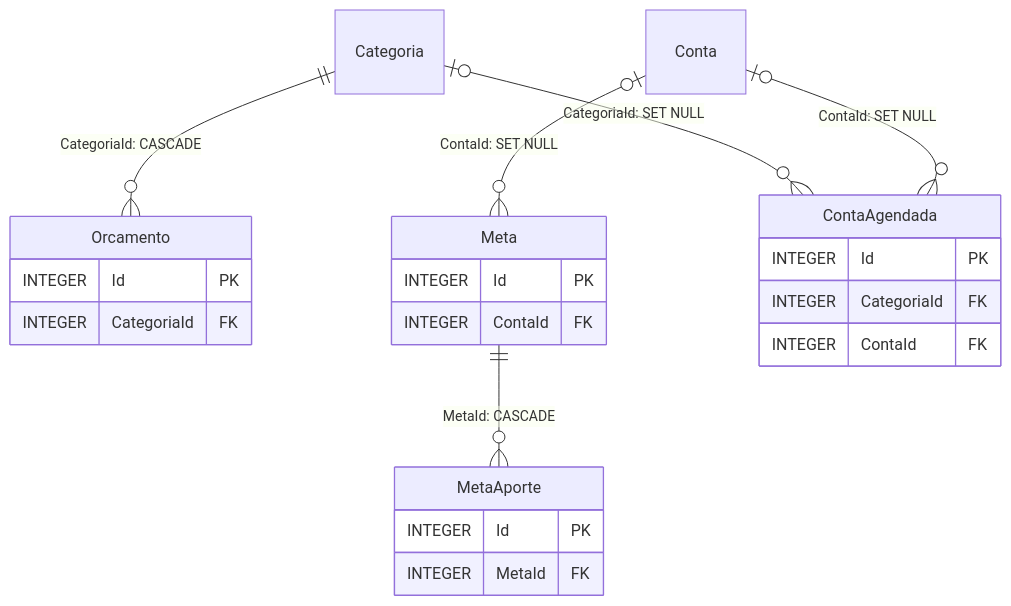
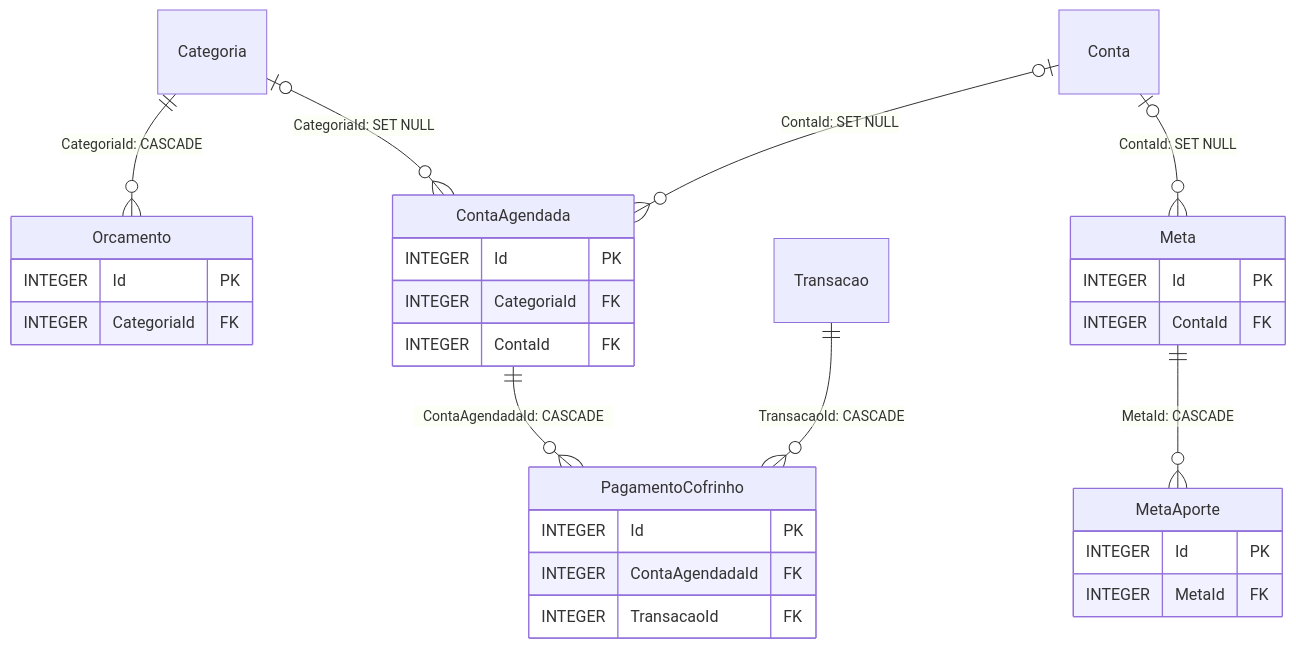
The fourth of 7 diagrams in docs/BANCO-DE-DADOS.md (LucasDesenvGit/financas-local), drawn with Mermaid before and after one commit. The commit also changed 43 other files, not shown here.

````diff
--- a/docs/BANCO-DE-DADOS.md
+++ b/docs/BANCO-DE-DADOS.md
@@ -100,25 +100,32 @@
 ```mermaid
 erDiagram
     Orcamento {
         INTEGER Id PK
         INTEGER CategoriaId FK
     }
     Meta {
         INTEGER Id PK
         INTEGER ContaId FK
     }
     MetaAporte {
         INTEGER Id PK
         INTEGER MetaId FK
     }
     ContaAgendada {
         INTEGER Id PK
         INTEGER CategoriaId FK
         INTEGER ContaId FK
     }
+    PagamentoCofrinho {
+        INTEGER Id PK
+        INTEGER ContaAgendadaId FK
+        INTEGER TransacaoId FK
+    }
     Categoria ||--o{ Orcamento : "CategoriaId: CASCADE"
     Conta |o--o{ Meta : "ContaId: SET NULL"
     Meta ||--o{ MetaAporte : "MetaId: CASCADE"
     Categoria |o--o{ ContaAgendada : "CategoriaId: SET NULL"
     Conta |o--o{ ContaAgendada : "ContaId: SET NULL"
+    ContaAgendada ||--o{ PagamentoCofrinho : "ContaAgendadaId: CASCADE"
+    Transacao ||--o{ PagamentoCofrinho : "TransacaoId: CASCADE"
 ```
````
